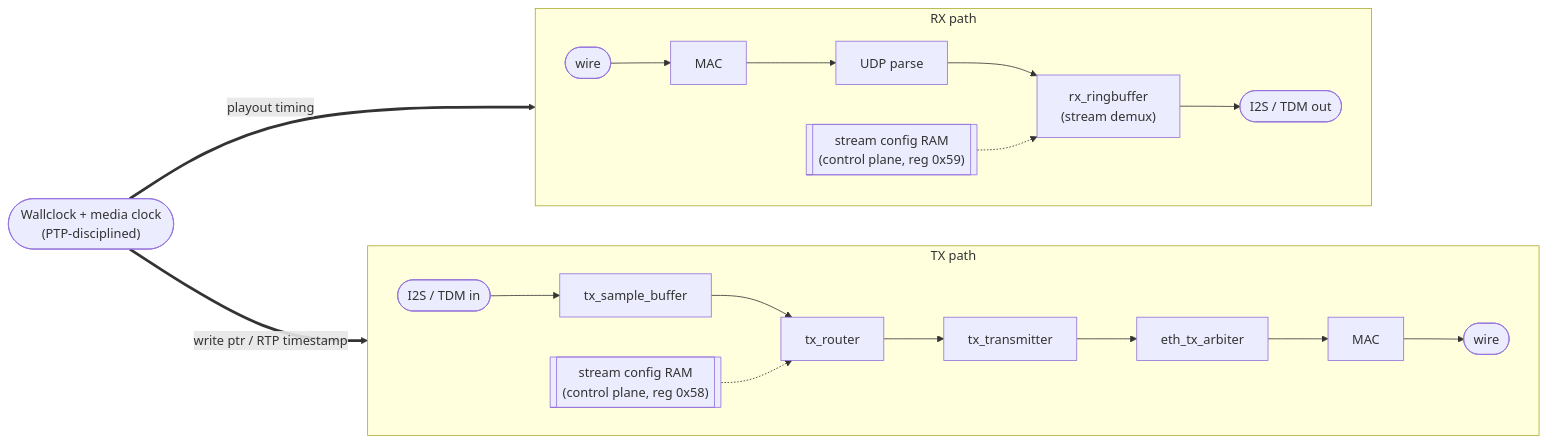
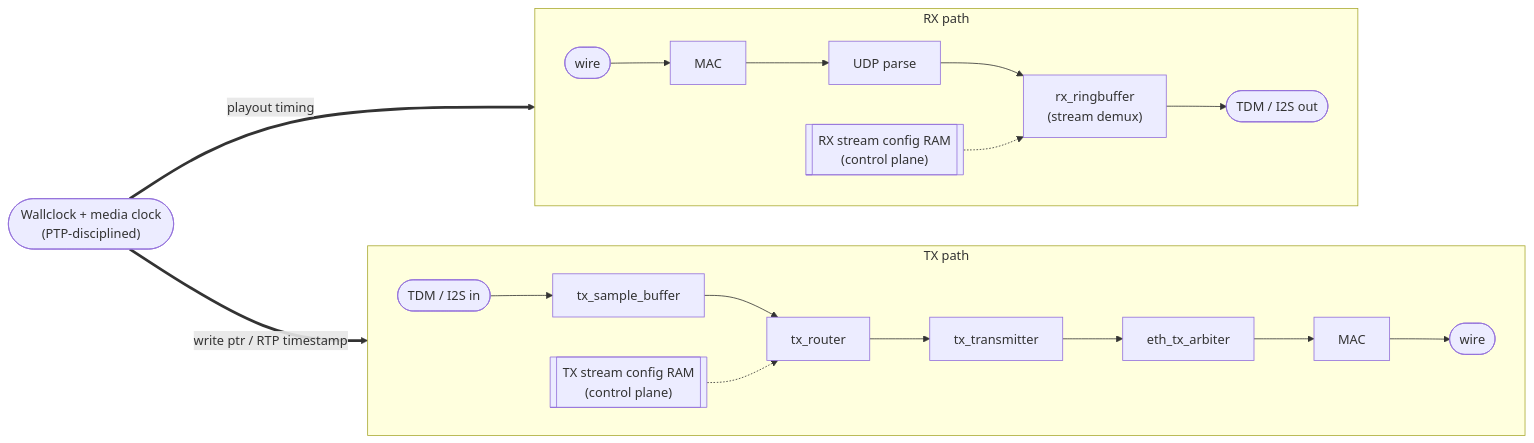
The second of 2 diagrams in README.md (malarisch/AES67), drawn with Mermaid before and after one commit. The commit also changed other lines of this file and 1 other file, not shown here.

````diff
--- a/README.md
+++ b/README.md
@@ -156,19 +226,19 @@
 ```mermaid
 flowchart LR
     wcmc(["Wallclock + media clock<br/>(PTP-disciplined)"])
 
     subgraph TXP["TX path"]
         direction LR
-        ti(["I2S / TDM in"]) --> tsb["tx_sample_buffer"] --> trt["tx_router"] --> ttx["tx_transmitter"] --> arb["eth_tx_arbiter"] --> tmac["MAC"] --> tw(["wire"])
-        tcfg[["stream config RAM<br/>(control plane, reg 0x58)"]] -.-> trt
+        ti(["TDM / I2S in"]) --> tsb["tx_sample_buffer"] --> trt["tx_router"] --> ttx["tx_transmitter"] --> arb["eth_tx_arbiter"] --> tmac["MAC"] --> tw(["wire"])
+        tcfg[["TX stream config RAM<br/>(control plane)"]] -.-> trt
     end
 
     subgraph RXP["RX path"]
         direction LR
-        rw(["wire"]) --> rmac["MAC"] --> udp["UDP parse"] --> rrb["rx_ringbuffer<br/>(stream demux)"] --> ro(["I2S / TDM out"])
-        rcfg[["stream config RAM<br/>(control plane, reg 0x59)"]] -.-> rrb
+        rw(["wire"]) --> rmac["MAC"] --> udp["UDP parse"] --> rrb["rx_ringbuffer<br/>(stream demux)"] --> ro(["TDM / I2S out"])
+        rcfg[["RX stream config RAM<br/>(control plane)"]] -.-> rrb
     end
 
     wcmc == "write ptr / RTP timestamp" ==> tsb
     wcmc == "playout timing" ==> ro
 ```
````
